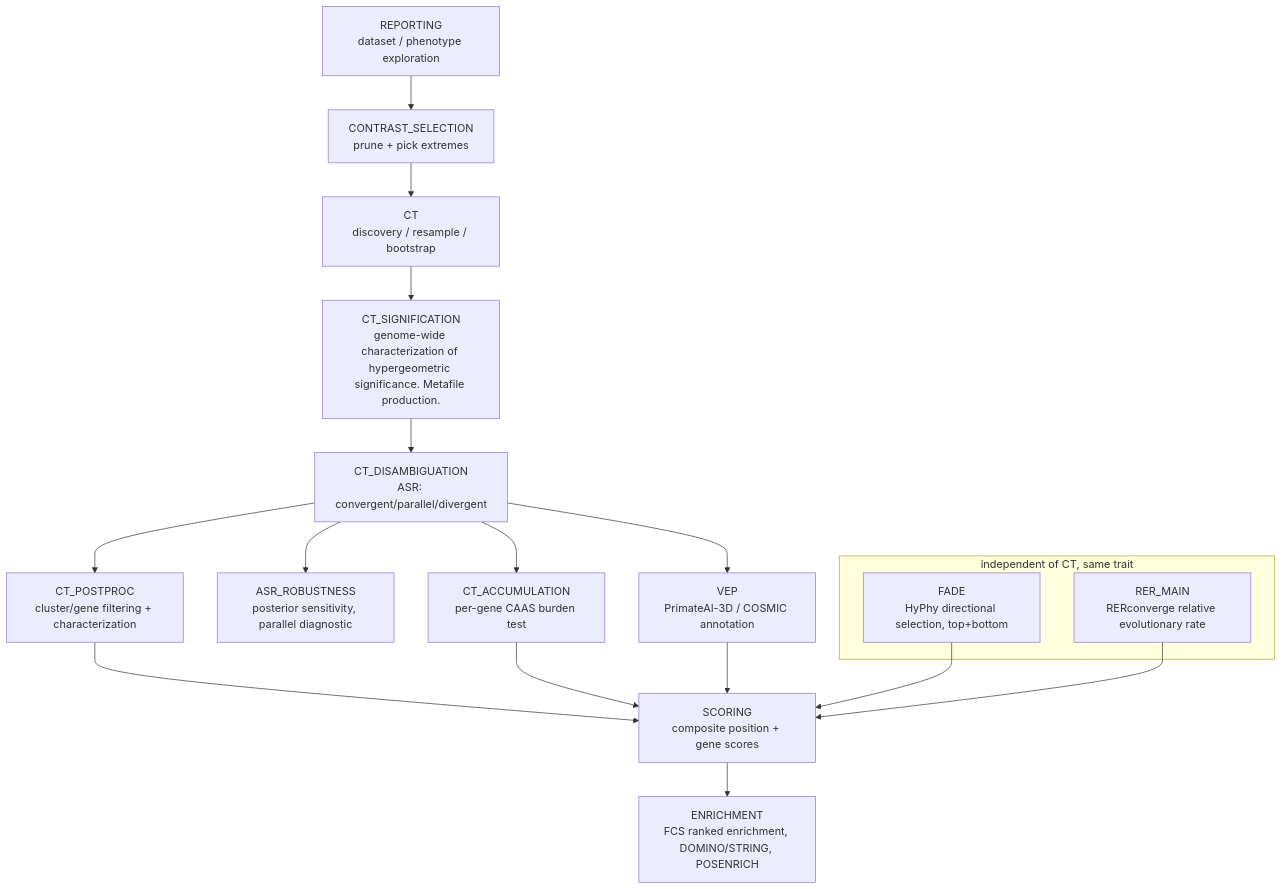
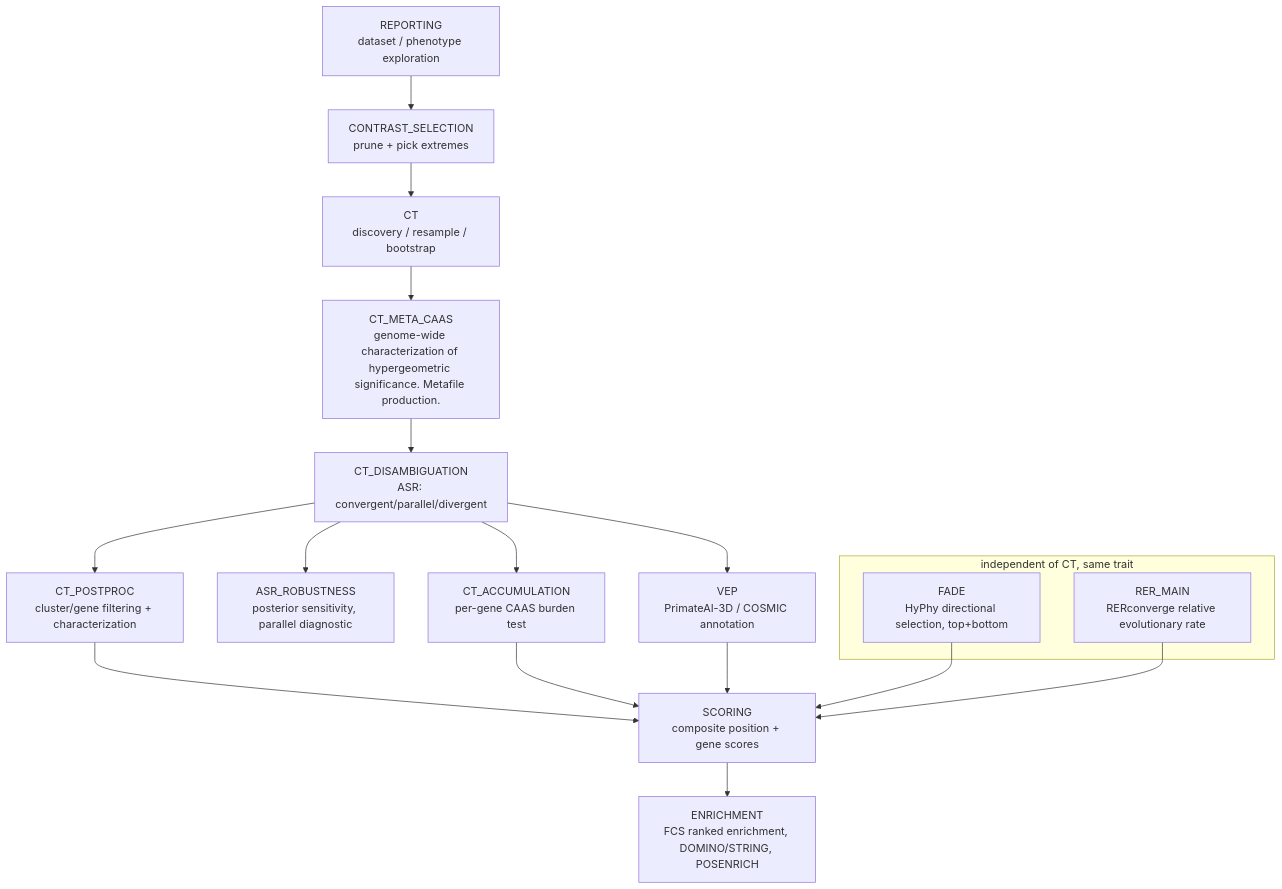
The diagram in README.md (nozerorma/PhyloPhere), drawn with Mermaid before and after one commit. The commit also changed other lines of this file and 36 other files, not shown here.

````diff
--- a/README.md
+++ b/README.md
@@ -87,21 +87,21 @@
 ```mermaid
 flowchart TD
     A[REPORTING\ndataset / phenotype exploration] --> B[CONTRAST_SELECTION\nprune + pick extremes]
     B --> C[CT\ndiscovery / resample / bootstrap]
-    C --> D[CT_SIGNIFICATION\ngenome-wide characterization of hypergeometric significance. Metafile production.]
+    C --> D[CT_META_CAAS\ngenome-wide characterization of hypergeometric significance. Metafile production.]
     D --> E[CT_DISAMBIGUATION\nASR: convergent/parallel/divergent]
     E --> E2[ASR_ROBUSTNESS\nposterior sensitivity, parallel diagnostic]
     E --> F[CT_POSTPROC\ncluster/gene filtering + characterization]
     E --> G[CT_ACCUMULATION\nper-gene CAAS burden test]
     E --> H[VEP\nPrimateAI-3D / COSMIC annotation]
     subgraph independent[independent of CT, same trait]
       I[FADE\nHyPhy directional selection, top+bottom]
       J[RER_MAIN\nRERconverge relative evolutionary rate]
     end
     F --> K[SCORING\ncomposite position + gene scores]
     G --> K
     H --> K
     I --> K
     J --> K
     K --> L[ENRICHMENT\nFCS ranked enrichment, DOMINO/STRING, POSENRICH]
 ```
````
